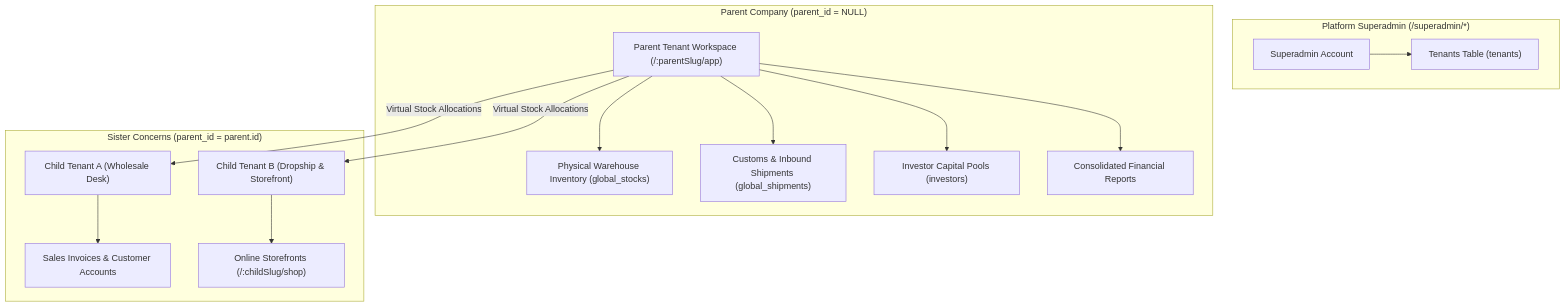
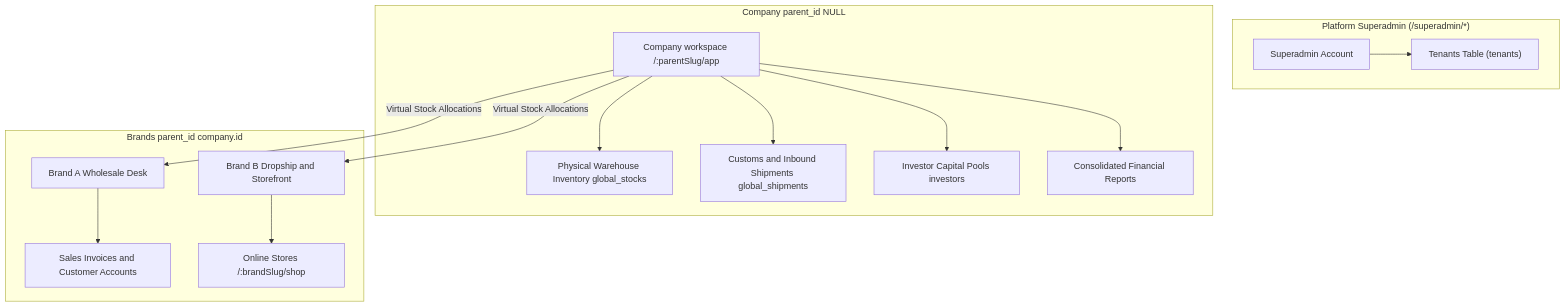
The first of 4 diagrams in doc/tenant_auth/TENANT_AUTH.md (david-git-2/brandwala-wholesale-quasar-v2), drawn with Mermaid before and after one commit. The commit also changed other lines of this file and 17 other files, not shown here.

````diff
--- a/doc/tenant_auth/TENANT_AUTH.md
+++ b/doc/tenant_auth/TENANT_AUTH.md
@@ -9,21 +22,21 @@
 ```mermaid
 flowchart TD
     subgraph PlatformOwner ["Platform Superadmin (/superadmin/*)"]
         SA["Superadmin Account"] --> T["Tenants Table (tenants)"]
     end
 
-    subgraph ParentOrg ["Parent Company (parent_id = NULL)"]
-        P["Parent Tenant Workspace (/:parentSlug/app)"]
-        P --> PHYS["Physical Warehouse Inventory (global_stocks)"]
-        P --> SHIP["Customs & Inbound Shipments (global_shipments)"]
-        P --> INV["Investor Capital Pools (investors)"]
+    subgraph ParentOrg ["Company parent_id NULL"]
+        P["Company workspace /:parentSlug/app"]
+        P --> PHYS["Physical Warehouse Inventory global_stocks"]
+        P --> SHIP["Customs and Inbound Shipments global_shipments"]
+        P --> INV["Investor Capital Pools investors"]
         P --> CONSOL["Consolidated Financial Reports"]
     end
 
-    subgraph ChildOrgs ["Sister Concerns (parent_id = parent.id)"]
-        P -->|Virtual Stock Allocations| C1["Child Tenant A (Wholesale Desk)"]
-        P -->|Virtual Stock Allocations| C2["Child Tenant B (Dropship & Storefront)"]
-        C1 --> SALES1["Sales Invoices & Customer Accounts"]
-        C2 --> SHOP2["Online Storefronts (/:childSlug/shop)"]
+    subgraph ChildOrgs ["Brands parent_id company.id"]
+        P -->|Virtual Stock Allocations| C1["Brand A Wholesale Desk"]
+        P -->|Virtual Stock Allocations| C2["Brand B Dropship and Storefront"]
+        C1 --> SALES1["Sales Invoices and Customer Accounts"]
+        C2 --> SHOP2["Online Stores /:brandSlug/shop"]
     end
 ```
````
